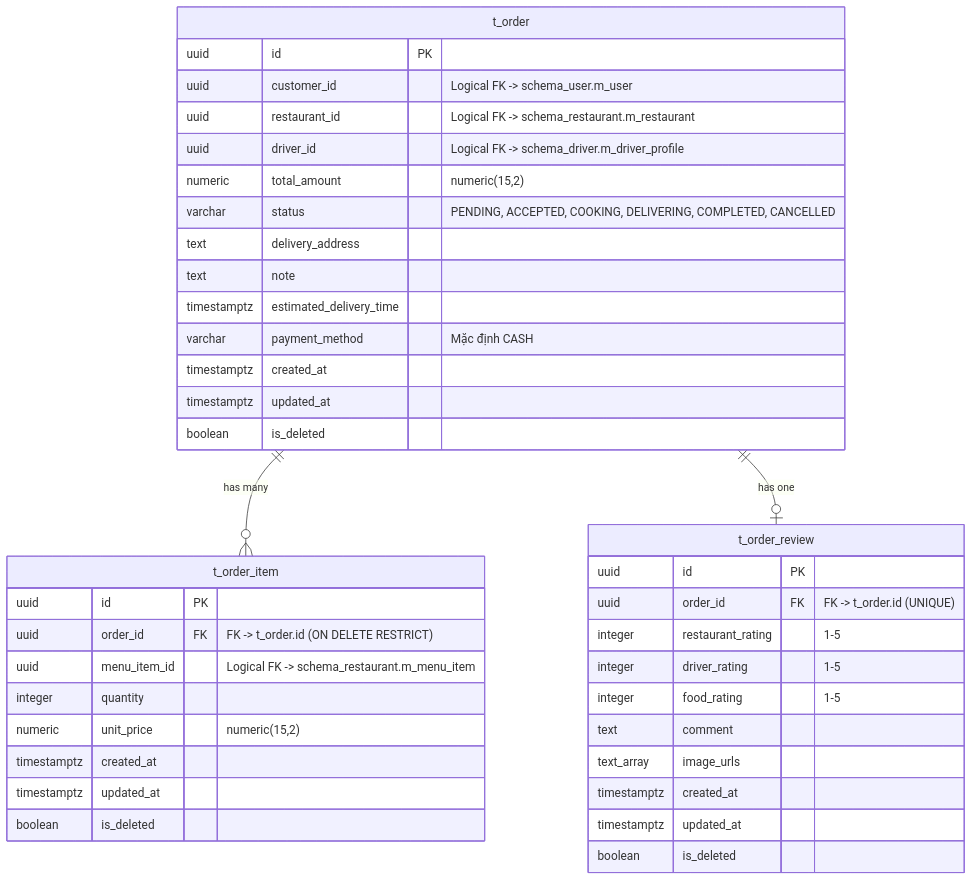
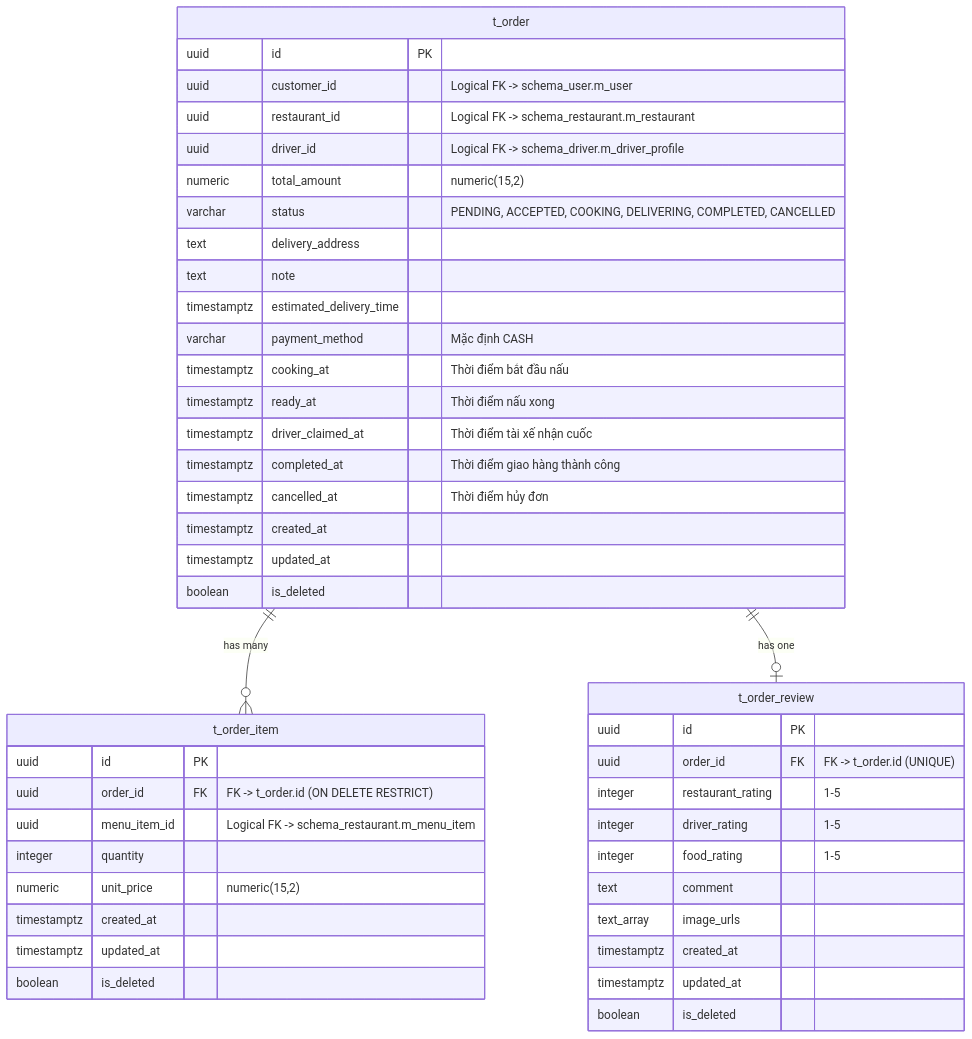
One commit to DuyBinh2003/FoodDelivery changed the second of 2 diagrams in docs/services/order-service.md. Above: the diagram before and after it, drawn with Mermaid. The commit also changed other lines of this file and 20 other files, not shown here.

````diff
--- a/docs/services/order-service.md
+++ b/docs/services/order-service.md
@@ -151,45 +151,50 @@
 ```mermaid
 erDiagram
     t_order ||--o{ t_order_item : "has many"
     t_order ||--o| t_order_review : "has one"
 
     t_order {
         uuid id PK
         uuid customer_id "Logical FK -> schema_user.m_user"
         uuid restaurant_id "Logical FK -> schema_restaurant.m_restaurant"
         uuid driver_id "Logical FK -> schema_driver.m_driver_profile"
         numeric total_amount "numeric(15,2)"
         varchar status "PENDING, ACCEPTED, COOKING, DELIVERING, COMPLETED, CANCELLED"
         text delivery_address
         text note
         timestamptz estimated_delivery_time
         varchar payment_method "Mặc định CASH"
+        timestamptz cooking_at "Thời điểm bắt đầu nấu"
+        timestamptz ready_at "Thời điểm nấu xong"
+        timestamptz driver_claimed_at "Thời điểm tài xế nhận cuốc"
+        timestamptz completed_at "Thời điểm giao hàng thành công"
+        timestamptz cancelled_at "Thời điểm hủy đơn"
         timestamptz created_at
         timestamptz updated_at
         boolean is_deleted
     }
 
     t_order_item {
         uuid id PK
         uuid order_id FK "FK -> t_order.id (ON DELETE RESTRICT)"
         uuid menu_item_id "Logical FK -> schema_restaurant.m_menu_item"
         integer quantity
         numeric unit_price "numeric(15,2)"
         timestamptz created_at
         timestamptz updated_at
         boolean is_deleted
     }
 
     t_order_review {
         uuid id PK
         uuid order_id FK "FK -> t_order.id (UNIQUE)"
         integer restaurant_rating "1-5"
         integer driver_rating "1-5"
         integer food_rating "1-5"
         text comment
         text_array image_urls
         timestamptz created_at
         timestamptz updated_at
         boolean is_deleted
     }
 ```
````
